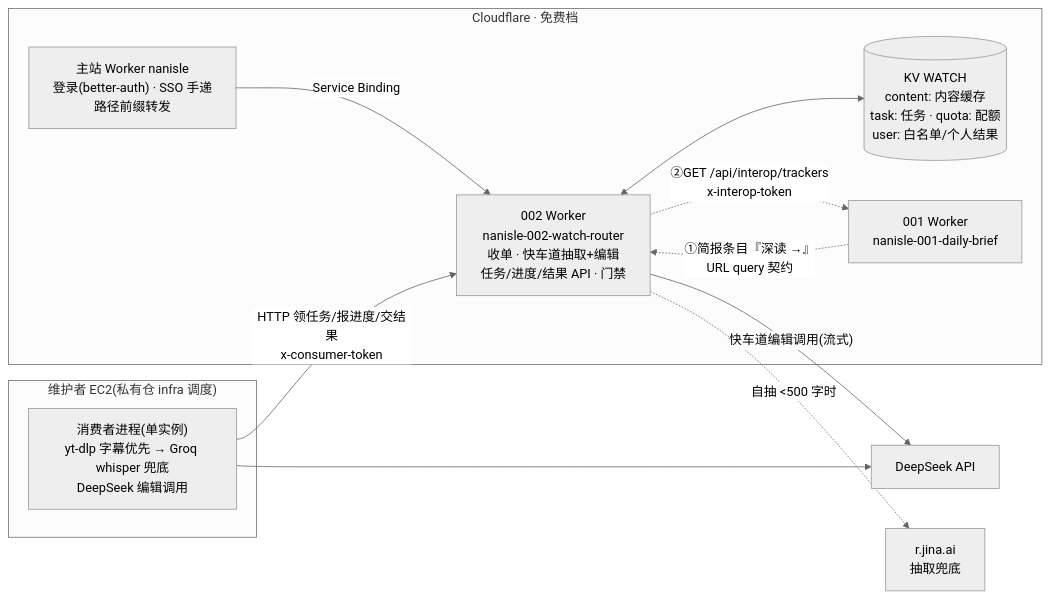
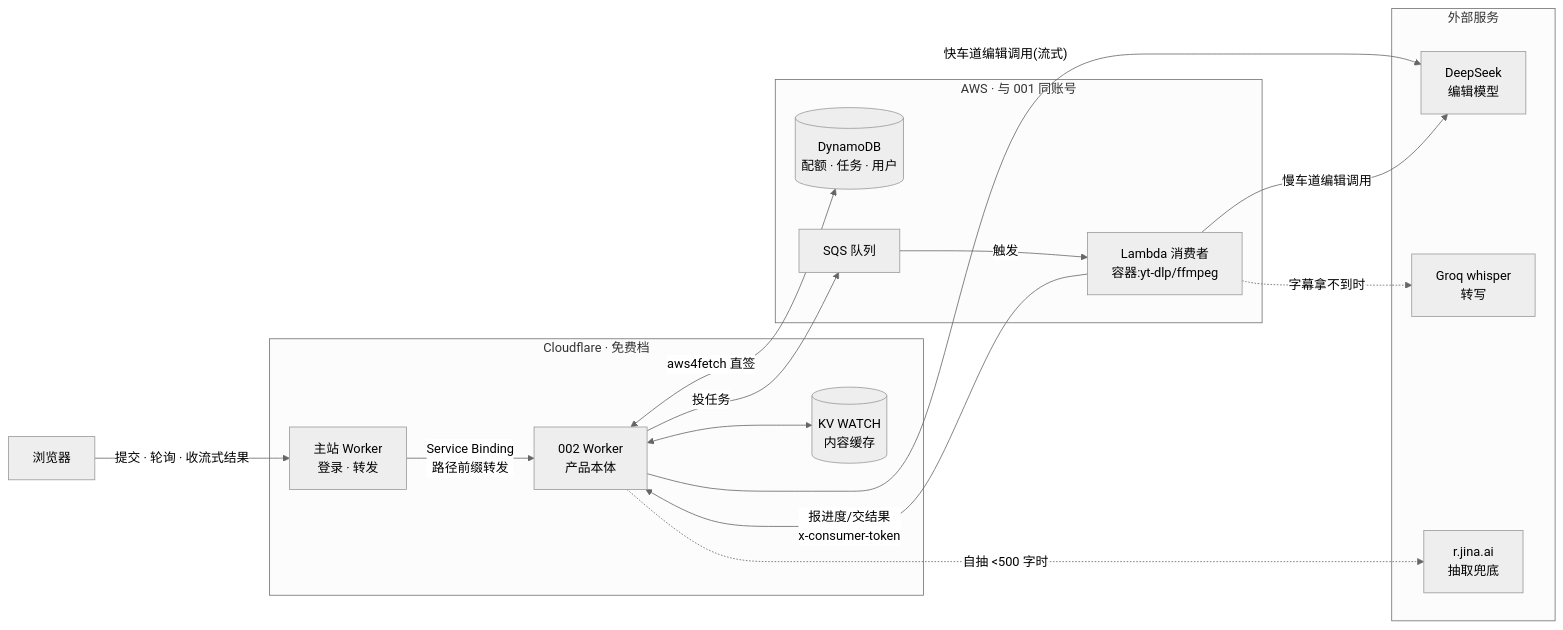
The diagram in products/002-watch-router/docs/02-技术方案.md (AI-Nanisle/nanisle-product), drawn with Mermaid (neutral theme) before and after one commit. The commit also changed other lines of this file, not shown here.

````diff
--- a/products/002-watch-router/docs/02-技术方案.md
+++ b/products/002-watch-router/docs/02-技术方案.md
@@ -54,23 +73,31 @@
 ```mermaid
 flowchart LR
+    U["浏览器"]
     subgraph cf["Cloudflare · 免费档"]
-        MW["主站 Worker nanisle<br/>登录(better-auth) · SSO 手递<br/>路径前缀转发"]
-        PW["002 Worker<br/>nanisle-002-watch-router<br/>收单 · 快车道抽取+编辑<br/>任务/进度/结果 API · 门禁"]
-        KV[("KV WATCH<br/>content: 内容缓存<br/>task: 任务 · quota: 配额<br/>user: 白名单/个人结果")]
-        B1["001 Worker<br/>nanisle-001-daily-brief"]
+        MW["主站 Worker<br/>登录 · 转发"]
+        PW["002 Worker<br/>产品本体"]
+        KV[("KV WATCH<br/>内容缓存")]
     end
-    subgraph ec2["维护者 EC2(私有仓 infra 调度)"]
-        CONS["消费者进程(单实例)<br/>yt-dlp 字幕优先 → Groq whisper 兜底<br/>DeepSeek 编辑调用"]
+    subgraph aws["AWS · 与 001 同账号"]
+        DDB[("DynamoDB<br/>配额 · 任务 · 用户")]
+        SQS["SQS 队列"]
+        L["Lambda 消费者<br/>容器:yt-dlp/ffmpeg"]
     end
-    DS["DeepSeek API"]
-    JR["r.jina.ai<br/>抽取兜底"]
+    subgraph ext["外部服务"]
+        DS["DeepSeek<br/>编辑模型"]
+        GQ["Groq whisper<br/>转写"]
+        JR["r.jina.ai<br/>抽取兜底"]
+    end
 
-    MW -->|Service Binding| PW
+    U -->|"提交 · 轮询 · 收流式结果"| MW
+    MW -->|"Service Binding<br/>路径前缀转发"| PW
     PW <--> KV
+    PW <-->|"aws4fetch 直签"| DDB
+    PW -->|"投任务"| SQS
+    SQS -->|"触发"| L
+    L -->|"报进度/交结果<br/>x-consumer-token"| PW
     PW -->|"快车道编辑调用(流式)"| DS
     PW -.->|"自抽 <500 字时"| JR
-    CONS -->|"HTTP 领任务/报进度/交结果<br/>x-consumer-token"| PW
-    CONS --> DS
-    B1 -.->|"①简报条目『深读 →』<br/>URL query 契约"| PW
-    PW -.->|"②GET /api/interop/trackers<br/>x-interop-token"| B1
+    L -->|"慢车道编辑调用"| DS
+    L -.->|"字幕拿不到时"| GQ
 ```
````
